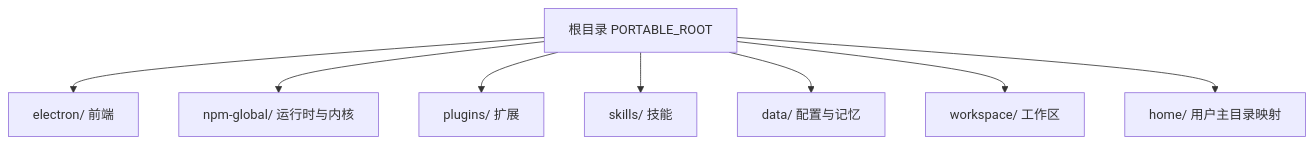
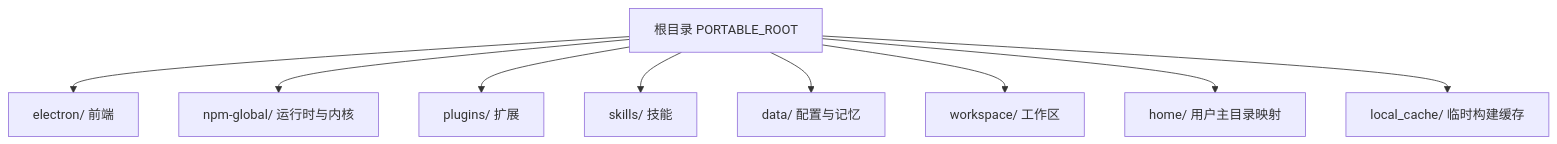
Before and after one commit to swond-Mao/Tiffa: the first of 7 diagrams in .qoder/repowiki/zh/content/部署和分发.md, drawn with Mermaid. The commit also changed other lines of this file and 49 other files, not shown here.

````diff
--- a/.qoder/repowiki/zh/content/部署和分发.md
+++ b/.qoder/repowiki/zh/content/部署和分发.md
@@ -37,10 +46,11 @@
 ```mermaid
 graph TB
 A["根目录 PORTABLE_ROOT"] --> B["electron/ 前端"]
 A --> C["npm-global/ 运行时与内核"]
 A --> D["plugins/ 扩展"]
 A --> E["skills/ 技能"]
 A --> F["data/ 配置与记忆"]
 A --> G["workspace/ 工作区"]
 A --> H["home/ 用户主目录映射"]
+A --> I["local_cache/ 临时构建缓存"]
 ```
````
